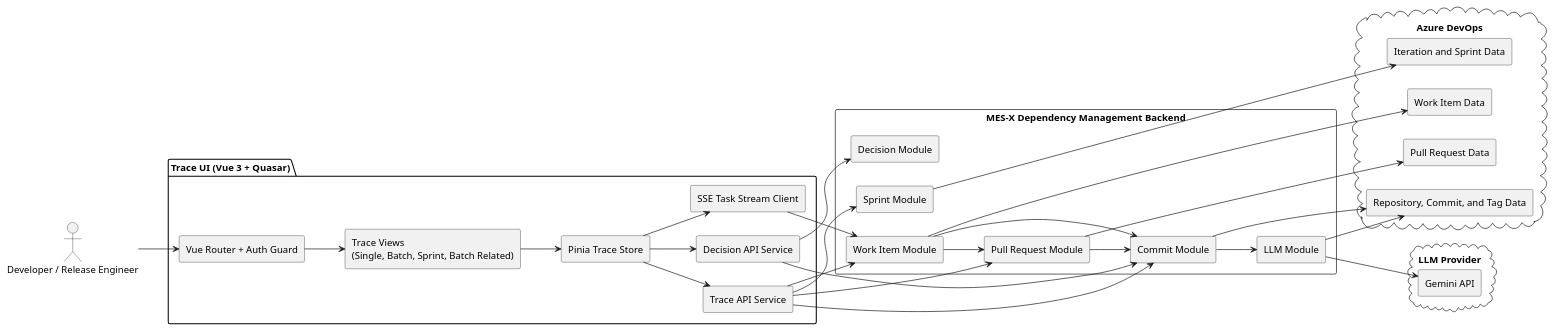
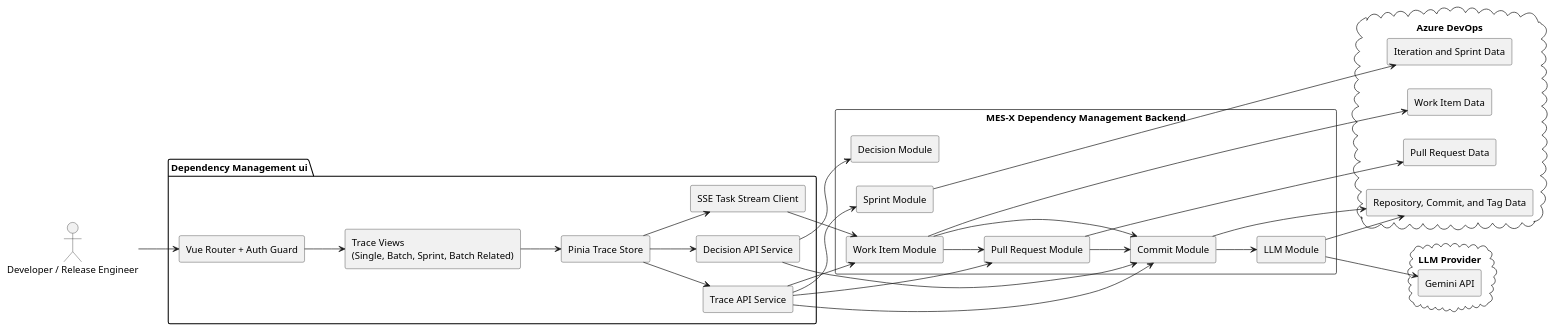
Before and after one commit to AlaMdalla/rapport_pfe: the diagram in docs/uml/global-architecture.puml, drawn with PlantUML. The commit also changed 29 other files, not shown here.

```diff
--- a/docs/uml/global-architecture.puml
+++ b/docs/uml/global-architecture.puml
@@ -1,62 +1,62 @@
 @startuml
 skinparam componentStyle rectangle
 left to right direction
 
 actor "Developer / Release Engineer" as User
 
-package "Trace UI (Vue 3 + Quasar)" {
+package "Dependency Management ui" {
   [Vue Router + Auth Guard] as Router
   [Trace Views\n(Single, Batch, Sprint, Batch Related)] as Views
   [Pinia Trace Store] as Store
   [Trace API Service] as TraceApi
   [Decision API Service] as DecisionApi
   [SSE Task Stream Client] as SseClient
 }
 
 rectangle "MES-X Dependency Management Backend" {
   [Work Item Module] as WI
   [Pull Request Module] as PR
   [Commit Module] as CO
   [Sprint Module] as SP
   [Decision Module] as DE
   [LLM Module] as LLM
 
   WI --> PR
   WI --> CO
   PR --> CO
   CO --> LLM
 }
 
 cloud "Azure DevOps" {
   [Work Item Data]
   [Iteration and Sprint Data]
   [Pull Request Data]
   [Repository, Commit, and Tag Data]
 }
 
 cloud "LLM Provider" {
   [Gemini API]
 }
 
 User --> Router
 Router --> Views
 Views --> Store
 Store --> TraceApi
 Store --> DecisionApi
 Store --> SseClient
 
 TraceApi --> WI
 TraceApi --> PR
 TraceApi --> CO
 TraceApi --> SP
 DecisionApi --> DE
 DecisionApi --> CO
 SseClient --> WI
 
 WI --> "Work Item Data"
 SP --> "Iteration and Sprint Data"
 PR --> "Pull Request Data"
 CO --> "Repository, Commit, and Tag Data"
 LLM --> "Repository, Commit, and Tag Data"
 LLM --> "Gemini API"
 @enduml
```
